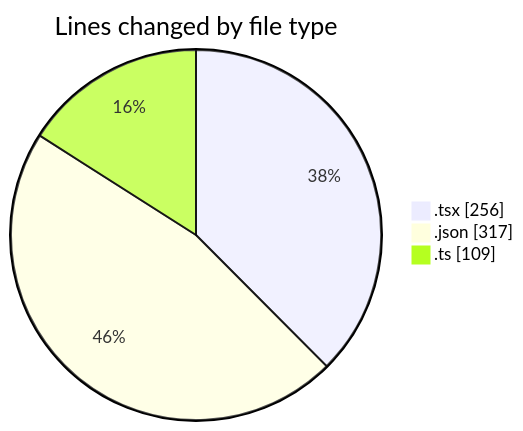
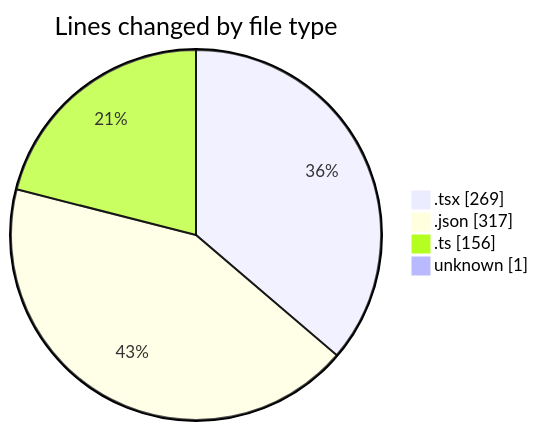
The first of 2 diagrams in 2025-04-08/sungpt/README.md (Elitesun/code-tracking), drawn with Mermaid before and after one commit. The commit also changed other lines of this file and 1 other file, not shown here.

````diff
--- a/2025-04-08/sungpt/README.md
+++ b/2025-04-08/sungpt/README.md
@@ -26,7 +28,8 @@
 ```mermaid
 pie showData
 title Lines changed by file type
-".tsx" : 256
+".tsx" : 269
 ".json" : 317
-".ts" : 109
+".ts" : 156
+"unknown" : 1
 ```
````
